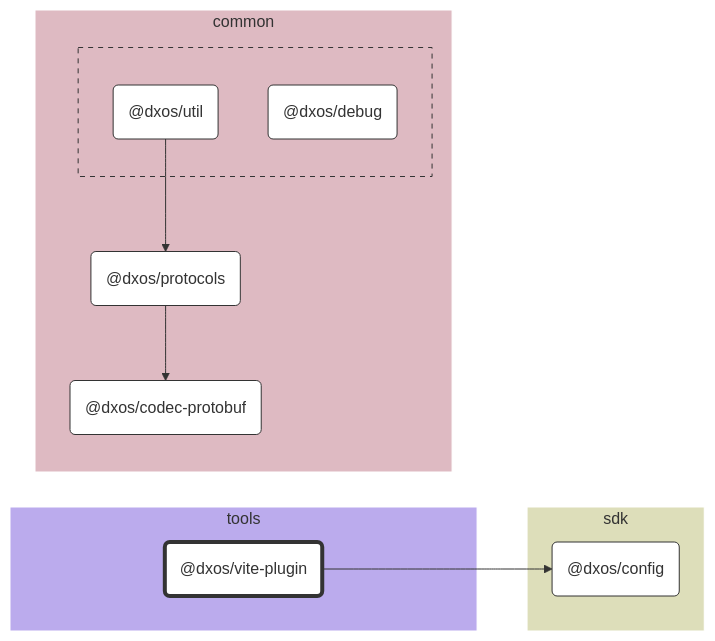
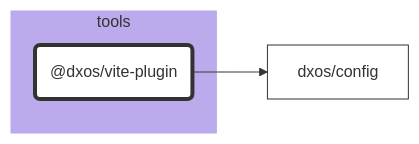
One commit to dxos/dxos changed the diagram in tools/vite-plugin/docs/README.md. Above: the diagram before and after it, drawn with Mermaid. The commit also changed 84 other files, not shown here.

````diff
--- a/tools/vite-plugin/docs/README.md
+++ b/tools/vite-plugin/docs/README.md
@@ -7,58 +7,21 @@
 ```mermaid
 %%{ init: {'flowchart':{'curve':'basis'}} }%%
 
 flowchart LR
 
-%% Links
-dxos/protocols --> dxos/codec-protobuf;
-dxos/util --> dxos/protocols;
-dxos/vite-plugin --> dxos/config;
+%% Classes
+classDef default fill:#fff,stroke:#333,stroke-width:1px
+classDef root fill:#fff,stroke:#333,stroke-width:4px
 
-%% Sections
-subgraph tools
-  style tools fill:#bbabed,stroke:#fff;
+%% Nodes
 
-  dxos/vite-plugin("@dxos/vite-plugin")
+subgraph tools [tools]
+  style tools fill:#bbabed,stroke:#fff
+  dxos/vite-plugin("@dxos/vite-plugin"):::root
+  click dxos/vite-plugin "dxos/dxos/tree/main/tools/vite-plugin/docs"
 end
 
-subgraph sdk
-  style sdk fill:#dddeba,stroke:#fff;
-
-  dxos/config("@dxos/config")
-end
-
-subgraph common
-  style common fill:#debac2,stroke:#fff;
-
-  dxos/codec-protobuf("@dxos/codec-protobuf")
-  dxos/protocols("@dxos/protocols")
-
-  subgraph common-excluded [ ]
-    style common-excluded fill:#debac2,stroke:#333,stroke-dasharray:5 5;
-
-    dxos/debug("@dxos/debug")
-    dxos/util("@dxos/util")
-  end
-end
-
-
-%% Hyperlinks
-click dxos/codec-protobuf "dxos/dxos/tree/main/packages/common/codec-protobuf/docs";
-click dxos/config "dxos/dxos/tree/main/packages/sdk/config/docs";
-click dxos/debug "dxos/dxos/tree/main/packages/common/debug/docs";
-click dxos/protocols "dxos/dxos/tree/main/packages/common/protocols/docs";
-click dxos/util "dxos/dxos/tree/main/packages/common/util/docs";
-
-%% Styles
-classDef rootNode fill:#fff,stroke:#333,stroke-width:4px
-classDef defaultNode fill:#fff,stroke:#333,stroke-width:1px
+%% Links
 linkStyle default stroke:#333,stroke-width:1px
-
-dxos/vite-plugin:::rootNode
-
-dxos/codec-protobuf:::defaultNode
-dxos/config:::defaultNode
-dxos/debug:::defaultNode
-dxos/protocols:::defaultNode
-dxos/util:::defaultNode
+dxos/vite-plugin --> dxos/config
 ```
````
